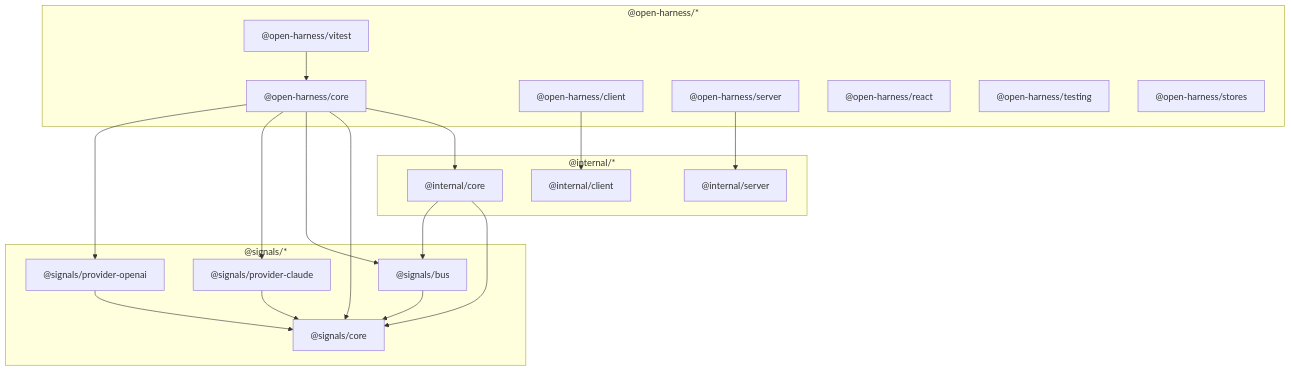
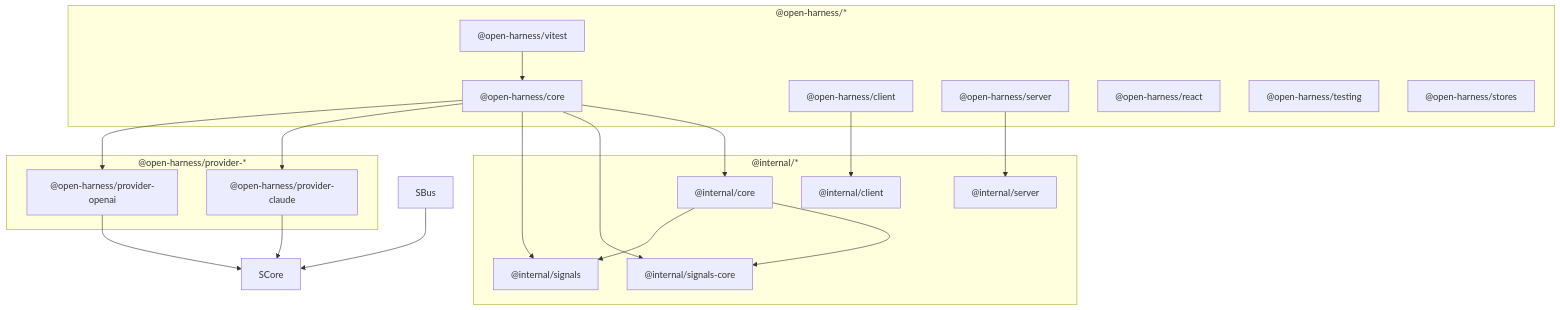
Before and after one commit to Open-Harness/open-harness: the third of 5 diagrams in docs/internal/milestones/v0.3.0/ARCHITECTURE.md, drawn with Mermaid. The commit also changed 145 other files, not shown here.

````diff
--- a/docs/internal/milestones/v0.3.0/ARCHITECTURE.md
+++ b/docs/internal/milestones/v0.3.0/ARCHITECTURE.md
@@ -449,50 +449,50 @@
 ```mermaid
 graph TB
     subgraph Published["@open-harness/*"]
         Core["@open-harness/core"]
         Vitest["@open-harness/vitest"]
         Client["@open-harness/client"]
         Server["@open-harness/server"]
         React["@open-harness/react"]
         Testing["@open-harness/testing"]
         Stores["@open-harness/stores"]
     end
 
     subgraph Internal["@internal/*"]
         ICore["@internal/core"]
         IClient["@internal/client"]
         IServer["@internal/server"]
+        ISignalsCore["@internal/signals-core"]
+        ISignals["@internal/signals"]
     end
 
-    subgraph Signals["@signals/*"]
-        SCore["@signals/core"]
-        SBus["@signals/bus"]
-        Claude["@signals/provider-claude"]
-        OpenAI["@signals/provider-openai"]
+    subgraph Adapters["@open-harness/provider-*"]
+        Claude["@open-harness/provider-claude"]
+        OpenAI["@open-harness/provider-openai"]
     end
 
     %% Published depends on Internal
     Core --> ICore
     Client --> IClient
     Server --> IServer
 
-    %% Published depends on Signals
-    Core --> SCore
-    Core --> SBus
+    %% Published depends on Internal signals
+    Core --> ISignalsCore
+    Core --> ISignals
     Core --> Claude
     Core --> OpenAI
 
     %% Internal depends on Signals
-    ICore --> SCore
-    ICore --> SBus
+    ICore --> ISignalsCore
+    ICore --> ISignals
 
     %% Vitest re-exports
     Vitest --> Core
 
     %% Provider dependencies
     Claude --> SCore
     OpenAI --> SCore
 
     %% Bus depends on core
     SBus --> SCore
 ```
````
